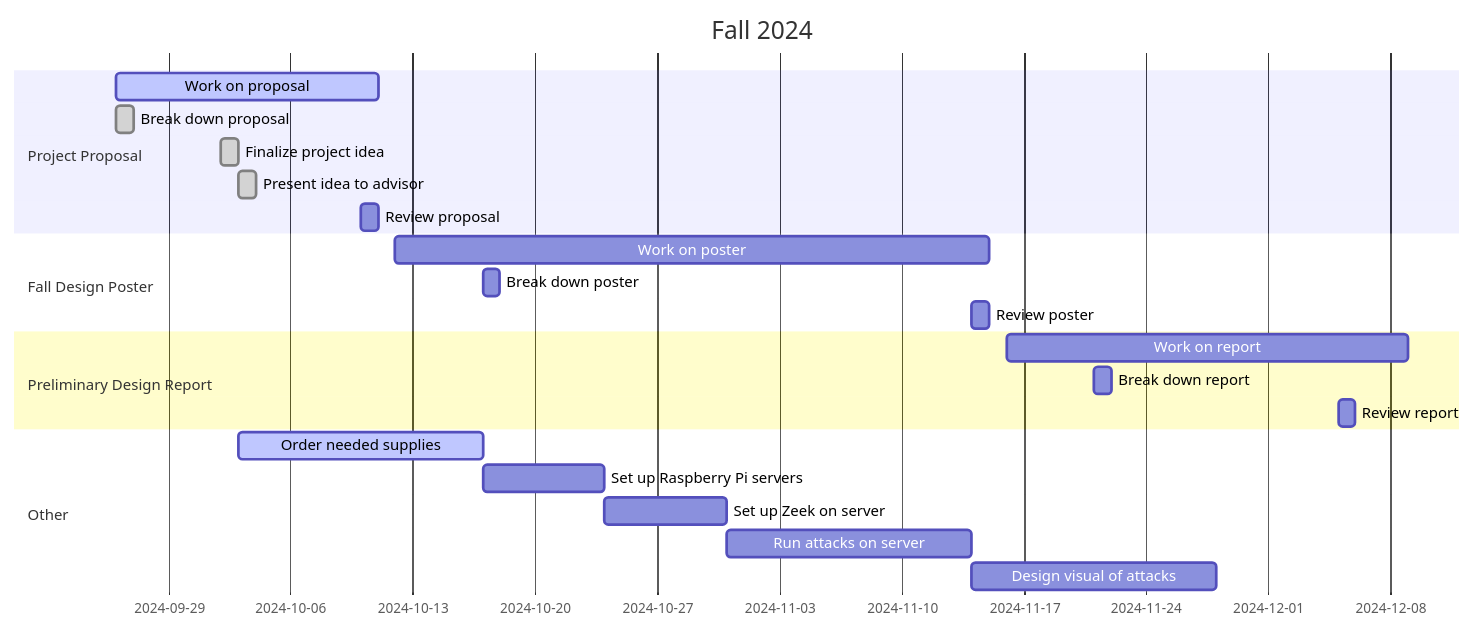
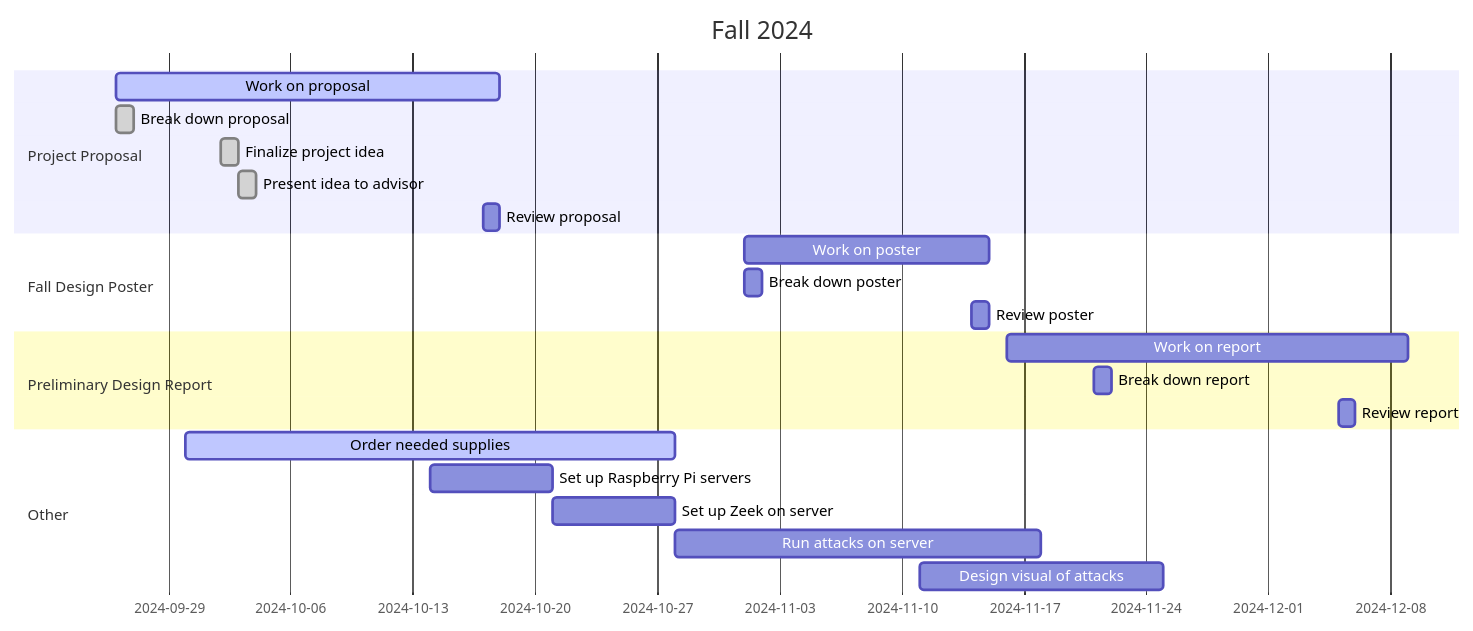
One commit to VCU-CS-Capstone/CS-25-341-CyberSecurity-Visualization changed the diagram in src/ProjectGanttChart.qmd. Above: the diagram before and after it, drawn with Mermaid. The commit also changed 1 other file, not shown here.

Commit message:
Updated Gantt Chart

````diff
--- a/src/ProjectGanttChart.qmd
+++ b/src/ProjectGanttChart.qmd
@@ -16,31 +16,31 @@
 ```{mermaid}
 gantt
     dateFormat  MM-DD
     title       Fall 2024
     todayMarker off
 
     section Project Proposal
-    Work on proposal                    :active,    09-26, 10-11
+    Work on proposal                    :active,    09-26, 10-18
     Break down proposal                 :done,      09-26, 1d
     Finalize project idea               :done,      10-02, 1d
     Present idea to advisor             :done,      10-03, 1d
-    Review proposal                     :           10-10, 1d
+    Review proposal                     :           10-17, 1d
 
     section Fall Design Poster
-    Work on poster                      :           10-12, 11-15
-    Break down poster                   :           10-17, 1d
+    Work on poster                      :           11-01, 11-15
+    Break down poster                   :           11-01, 1d
     Review poster                       :           11-14, 1d
 
     section Preliminary Design Report
     Work on report                      :           11-16, 12-09
     Break down report                   :           11-21, 1d
     Review report                       :           12-05, 1d
 
     section Other
-    Order needed supplies               :active,    task1,       10-03, 2w
-    Set up Raspberry Pi servers         :           task2, after task1, 1w
+    Order needed supplies               :active,    task1,       09-30, 4w
+    Set up Raspberry Pi servers         :           task2,       10-14, 1w
     Set up Zeek on server               :           task3, after task2, 1w
-    Run attacks on server               :           task4, after task3, 2w
-    Design visual of attacks            :           task5, after task4, 2w
+    Run attacks on server               :           task4, after task3, 3w
+    Design visual of attacks            :           task5,       11-11, 2w
 
 ```
````
